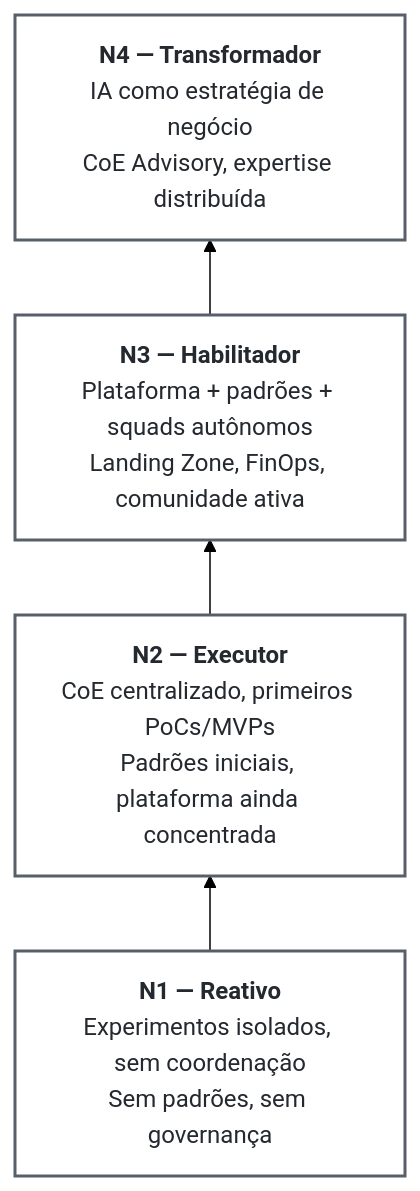
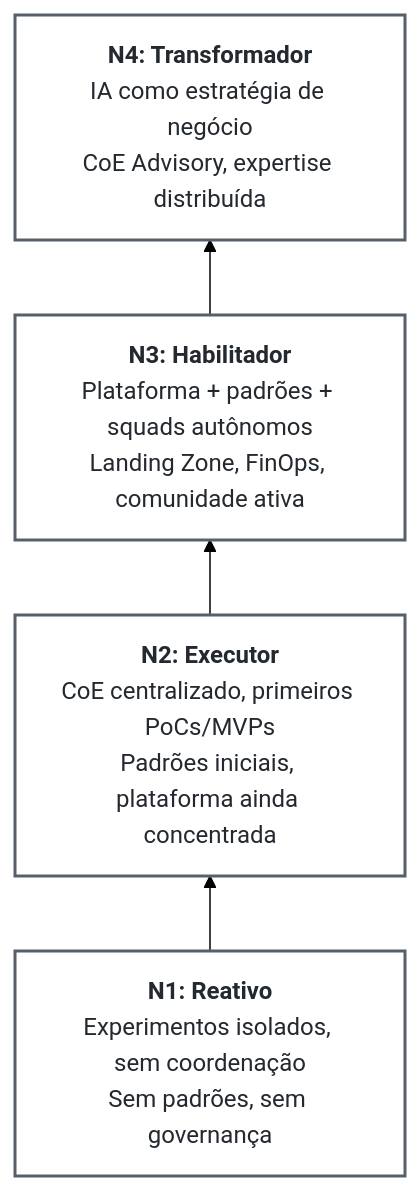
One commit to EdneiMonteiro/ai-coe-playbook changed the fifth of 5 diagrams in artigos/coe-ia-playbook.md. Above: the diagram before and after it, drawn with Mermaid (forest theme). The commit also changed other lines of this file and 27 other files, not shown here.

````diff
--- a/artigos/coe-ia-playbook.md
+++ b/artigos/coe-ia-playbook.md
@@ -709,11 +685,11 @@
 ```mermaid
 flowchart BT
     classDef level fill:#ffffff,stroke:#57606a,color:#24292f,stroke-width:2px
 
-    N1["<b>N1 — Reativo</b><br/>Experimentos isolados, sem coordenação<br/>Sem padrões, sem governança"]:::level
-    N2["<b>N2 — Executor</b><br/>CoE centralizado, primeiros PoCs/MVPs<br/>Padrões iniciais, plataforma ainda concentrada"]:::level
-    N3["<b>N3 — Habilitador</b><br/>Plataforma + padrões + squads autônomos<br/>Landing Zone, FinOps, comunidade ativa"]:::level
-    N4["<b>N4 — Transformador</b><br/>IA como estratégia de negócio<br/>CoE Advisory, expertise distribuída"]:::level
+    N1["<b>N1: Reativo</b><br/>Experimentos isolados, sem coordenação<br/>Sem padrões, sem governança"]:::level
+    N2["<b>N2: Executor</b><br/>CoE centralizado, primeiros PoCs/MVPs<br/>Padrões iniciais, plataforma ainda concentrada"]:::level
+    N3["<b>N3: Habilitador</b><br/>Plataforma + padrões + squads autônomos<br/>Landing Zone, FinOps, comunidade ativa"]:::level
+    N4["<b>N4: Transformador</b><br/>IA como estratégia de negócio<br/>CoE Advisory, expertise distribuída"]:::level
 
     N1 --> N2 --> N3 --> N4
 ```
````
